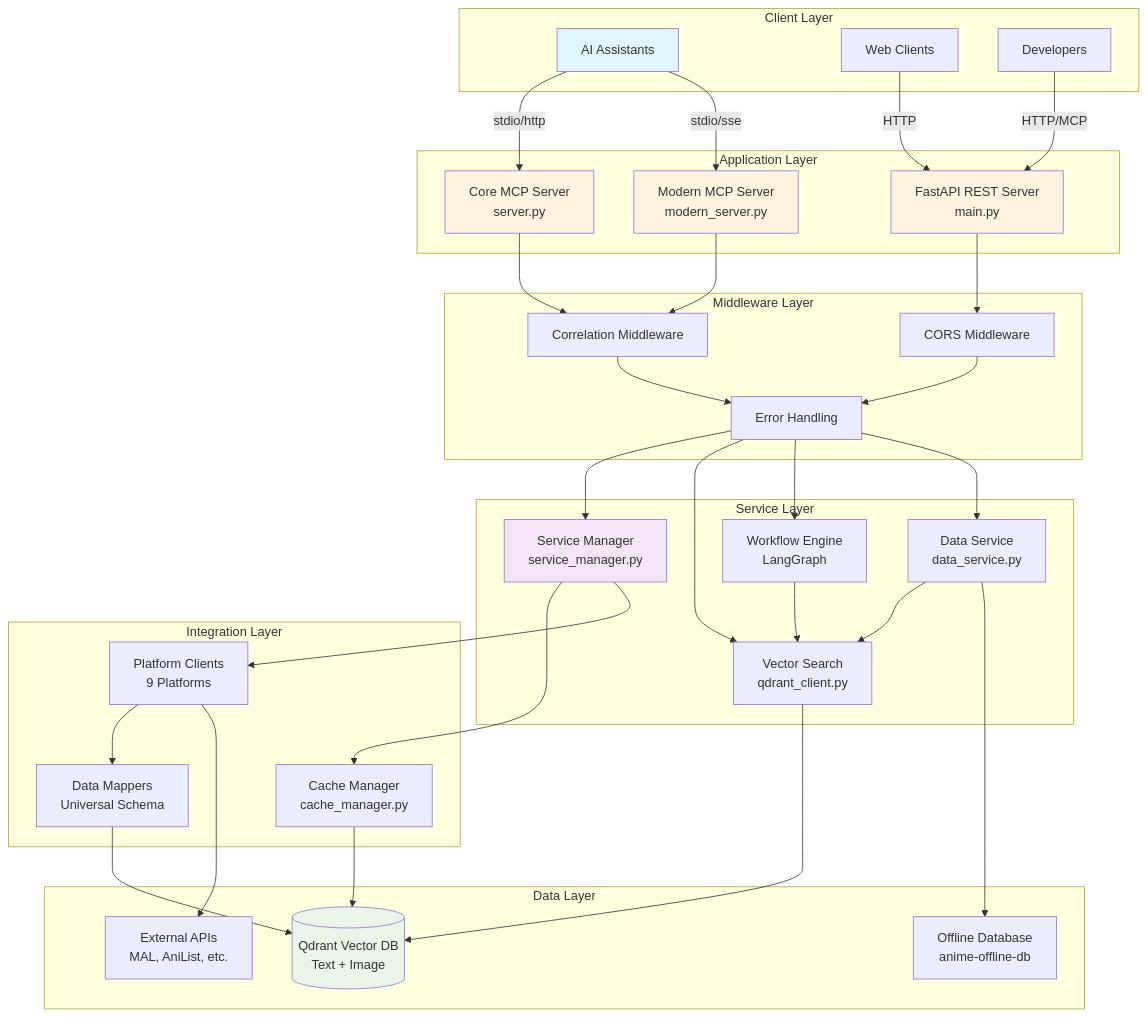
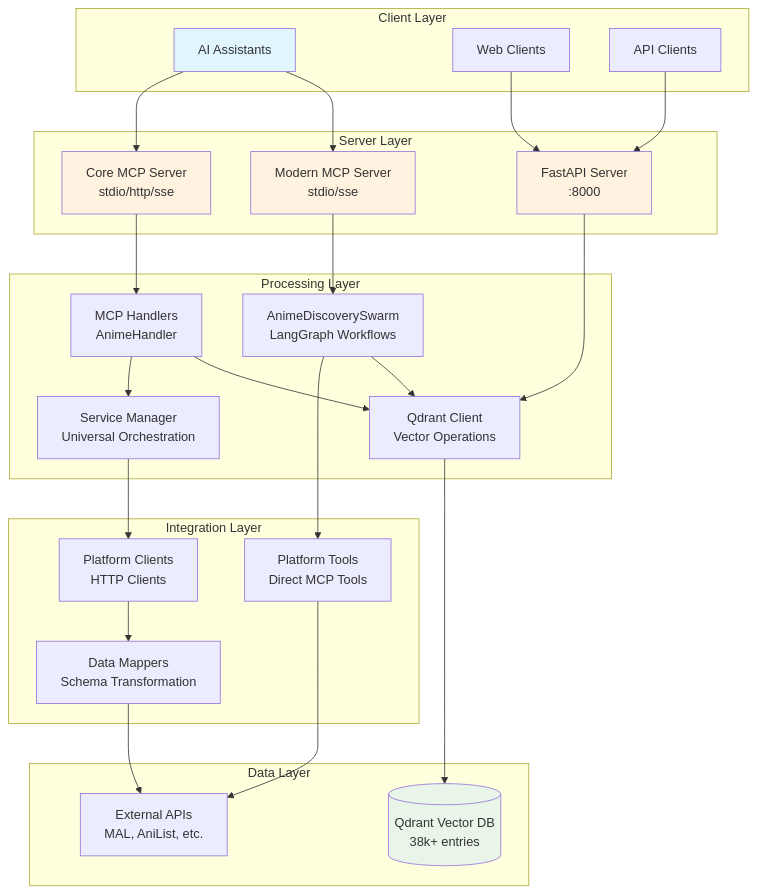
The first of 2 diagrams in docs/architecture.md (adnanaq/anime-mcp-server), drawn with Mermaid before and after one commit. The commit also changed other lines of this file and 29 other files, not shown here.

````diff
--- a/docs/architecture.md
+++ b/docs/architecture.md
@@ -19,75 +18,66 @@
 ```mermaid
 graph TB
     subgraph "Client Layer"
         AI[AI Assistants]
         WEB[Web Clients]
-        DEV[Developers]
+        API[API Clients]
     end
     
-    subgraph "Application Layer"
-        FastAPI[FastAPI REST Server<br/>main.py]
-        CoreMCP[Core MCP Server<br/>server.py]
-        ModernMCP[Modern MCP Server<br/>modern_server.py]
+    subgraph "Server Layer"
+        REST[FastAPI Server<br/>:8000]
+        CORE[Core MCP Server<br/>stdio/http/sse]
+        MOD[Modern MCP Server<br/>stdio/sse]
     end
     
-    subgraph "Middleware Layer"
-        CORS[CORS Middleware]
-        CORR[Correlation Middleware]
-        ERR[Error Handling]
-    end
-    
-    subgraph "Service Layer"
-        SM[Service Manager<br/>service_manager.py]
-        VS[Vector Search<br/>qdrant_client.py]
-        WF[Workflow Engine<br/>LangGraph]
-        DS[Data Service<br/>data_service.py]
+    subgraph "Processing Layer"
+        HANDLER[MCP Handlers<br/>AnimeHandler]
+        SWARM[AnimeDiscoverySwarm<br/>LangGraph Workflows]
+        SERV[Service Manager<br/>Universal Orchestration]
+        VEC[Qdrant Client<br/>Vector Operations]
     end
     
     subgraph "Integration Layer"
-        CACHE[Cache Manager<br/>cache_manager.py]
-        CLIENTS[Platform Clients<br/>9 Platforms]
-        MAPPERS[Data Mappers<br/>Universal Schema]
+        TOOLS[Platform Tools<br/>Direct MCP Tools]
+        CLIENTS[Platform Clients<br/>HTTP Clients]
+        MAP[Data Mappers<br/>Schema Transformation]
     end
     
     subgraph "Data Layer"
-        QD[(Qdrant Vector DB<br/>Text + Image)]
+        QDB[(Qdrant Vector DB<br/>38k+ entries)]
         EXT[External APIs<br/>MAL, AniList, etc.]
-        OFF[Offline Database<br/>anime-offline-db]
     end
     
-    AI --> |stdio/http| CoreMCP
-    AI --> |stdio/sse| ModernMCP
-    WEB --> |HTTP| FastAPI
-    DEV --> |HTTP/MCP| FastAPI
+    %% Client connections
+    AI --> CORE
+    AI --> MOD
+    WEB --> REST
+    API --> REST
     
-    FastAPI --> CORS
-    CoreMCP --> CORR
-    ModernMCP --> CORR
-    CORS --> ERR
-    CORR --> ERR
+    %% FastAPI direct flow
+    REST --> VEC
     
-    ERR --> SM
-    ERR --> VS
-    ERR --> WF
-    ERR --> DS
+    %% Core MCP flow (via ServiceManager)
+    CORE --> HANDLER
+    HANDLER --> SERV
+    HANDLER --> VEC
     
-    SM --> CACHE
-    SM --> CLIENTS
-    WF --> VS
-    DS --> VS
+    %% Modern MCP flow (via LangGraph)
+    MOD --> SWARM
+    SWARM --> TOOLS
+    SWARM --> VEC
     
-    CLIENTS --> MAPPERS
-    CACHE --> QD
-    MAPPERS --> QD
+    %% Integration flows
+    SERV --> CLIENTS
+    TOOLS --> EXT
+    CLIENTS --> MAP
+    MAP --> EXT
     
-    CLIENTS --> EXT
-    DS --> OFF
-    VS --> QD
+    %% Data access
+    VEC --> QDB
     
     style AI fill:#e1f5fe
-    style FastAPI fill:#fff3e0
-    style CoreMCP fill:#fff3e0
-    style ModernMCP fill:#fff3e0
-    style SM fill:#f3e5f5
-    style QD fill:#e8f5e8
+    style REST fill:#fff3e0
+    style CORE fill:#fff3e0
+    style MOD fill:#fff3e0
+    style QDB fill:#e8f5e8
 ```
````
